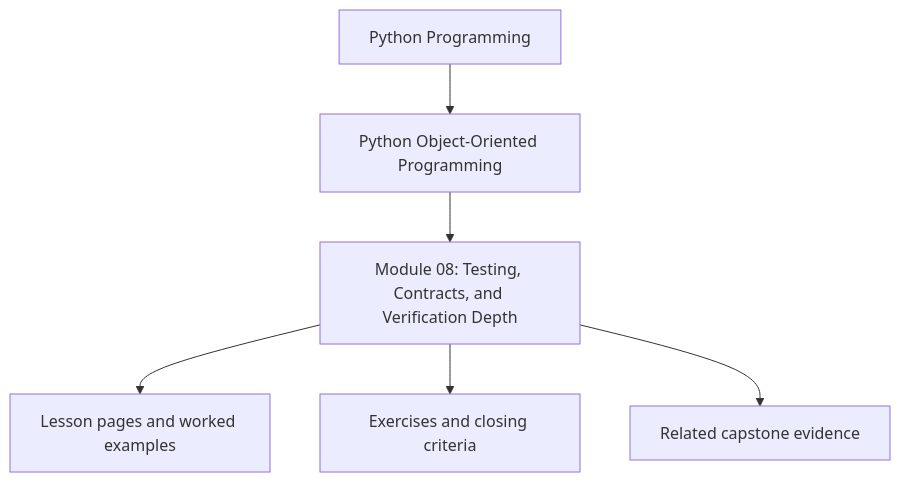
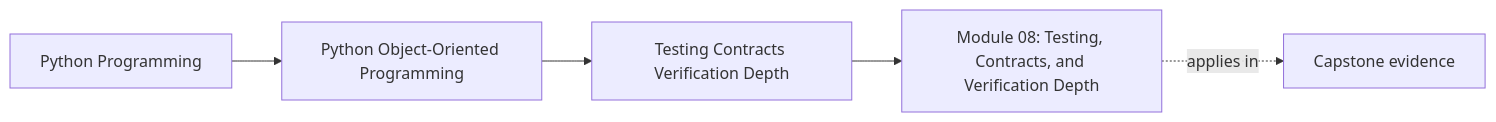
One commit to bijux/bijux-masterclass changed the first of 2 diagrams in programs/python-programming/python-object-oriented-programming/course-book/module-08-testing-contracts-verification-depth/index.md. Above: the diagram before and after it, drawn with Mermaid. The commit also changed other lines of this file and 103 other files, not shown here.

Commit message:
docs(python-object-oriented-programming): map sustainment and capstone surfaces

````diff
--- a/programs/python-programming/python-object-oriented-programming/course-book/module-08-testing-contracts-verification-depth/index.md
+++ b/programs/python-programming/python-object-oriented-programming/course-book/module-08-testing-contracts-verification-depth/index.md
@@ -7,8 +7,11 @@
 ```mermaid
-flowchart TD
-  family["Python Programming"] --> program["Python Object-Oriented Programming"]
-  program --> module["Module 08: Testing, Contracts, and Verification Depth"]
-  module --> lessons["Lesson pages and worked examples"]
-  module --> checkpoints["Exercises and closing criteria"]
-  module --> capstone["Related capstone evidence"]
+graph LR
+  family["Python Programming"]
+  program["Python Object-Oriented Programming"]
+  section["Testing Contracts Verification Depth"]
+  page["Module 08: Testing, Contracts, and Verification Depth"]
+  capstone["Capstone evidence"]
+
+  family --> program --> section --> page
+  page -.applies in.-> capstone
 ```
````
